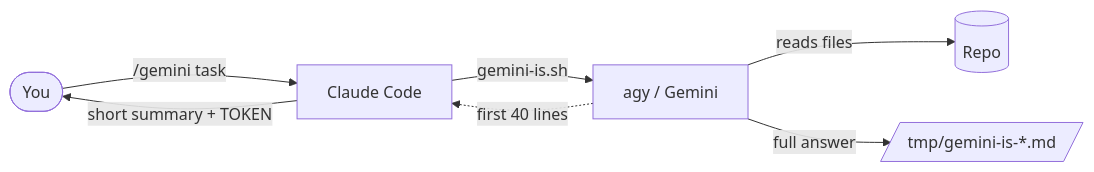
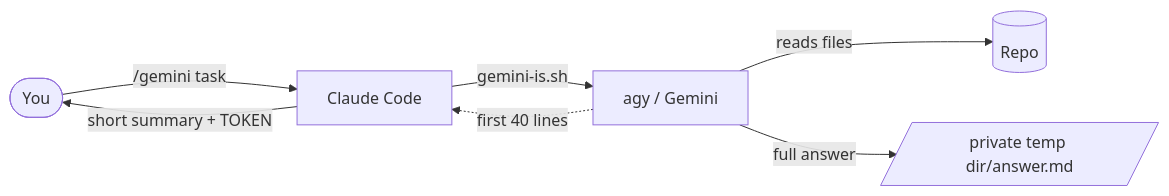
One commit to Guney-Tepeli/gemini-delegation-for-claude-code changed the second of 2 diagrams in README.md. Above: the diagram before and after it, drawn with Mermaid. The commit also changed other lines of this file and 8 other files, not shown here.

````diff
--- a/README.md
+++ b/README.md
@@ -408,9 +497,9 @@
 ```mermaid
 flowchart LR
     U([You]) -->|/gemini task| C[Claude Code]
     C -->|gemini-is.sh| A[agy / Gemini]
     A -->|reads files| R[(Repo)]
-    A -->|full answer| F[/tmp/gemini-is-*.md/]
+    A -->|full answer| F[/private temp dir/answer.md/]
     A -.->|first 40 lines| C
     C -->|short summary + TOKEN| U
 ```
````
